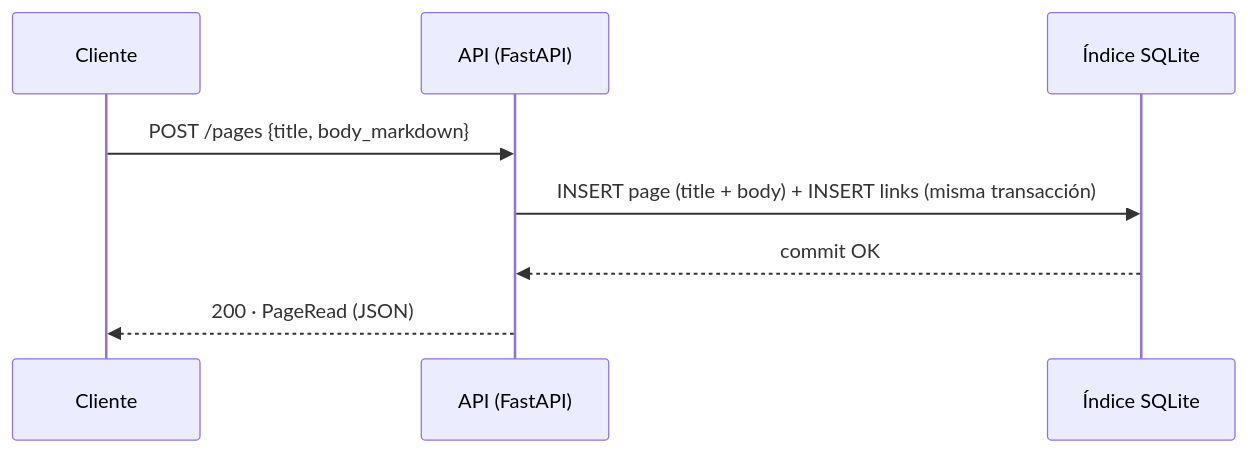
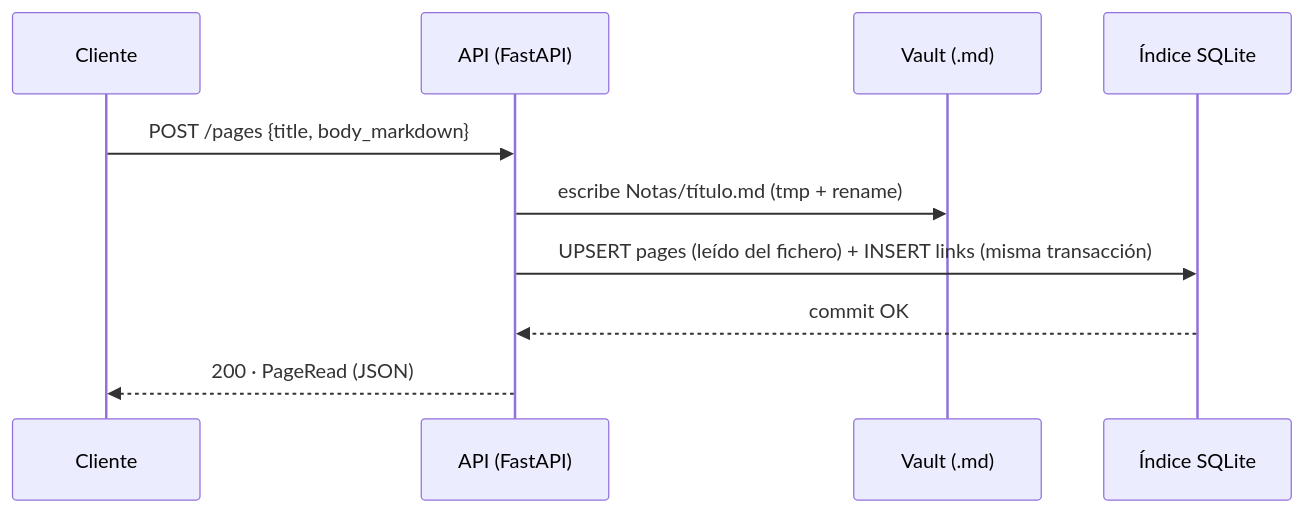
One commit to joaquinrodfer/MyDamnManagement changed the fourth of 9 diagrams in docs/ARCHITECTURE.md. Above: the diagram before and after it, drawn with Mermaid. The commit also changed other lines of this file and 7 other files, not shown here.

````diff
--- a/docs/ARCHITECTURE.md
+++ b/docs/ARCHITECTURE.md
@@ -109,11 +120,13 @@
 ```mermaid
 sequenceDiagram
     participant C as Cliente
     participant A as API (FastAPI)
+    participant V as Vault (.md)
     participant P as Índice SQLite
 
     C->>A: POST /pages {title, body_markdown}
-    A->>P: INSERT page (title + body) + INSERT links (misma transacción)
+    A->>V: escribe Notas/título.md (tmp + rename)
+    A->>P: UPSERT pages (leído del fichero) + INSERT links (misma transacción)
     P-->>A: commit OK
     A-->>C: 200 · PageRead (JSON)
 ```
````
